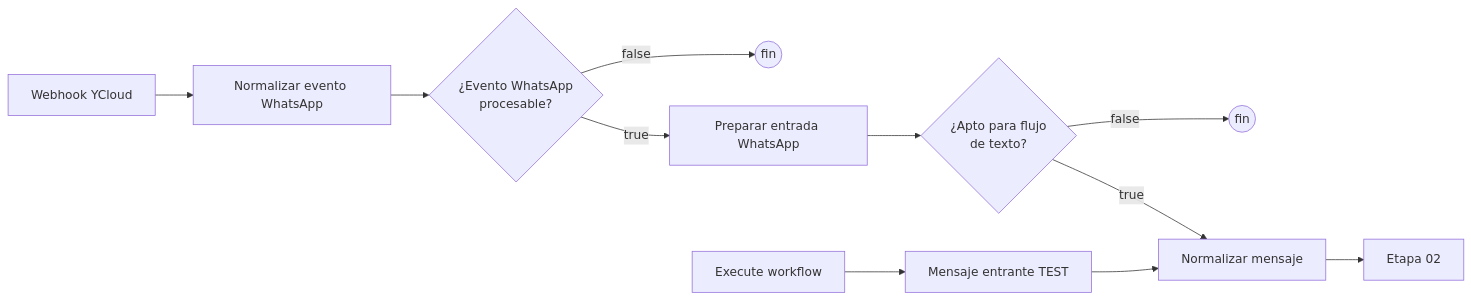
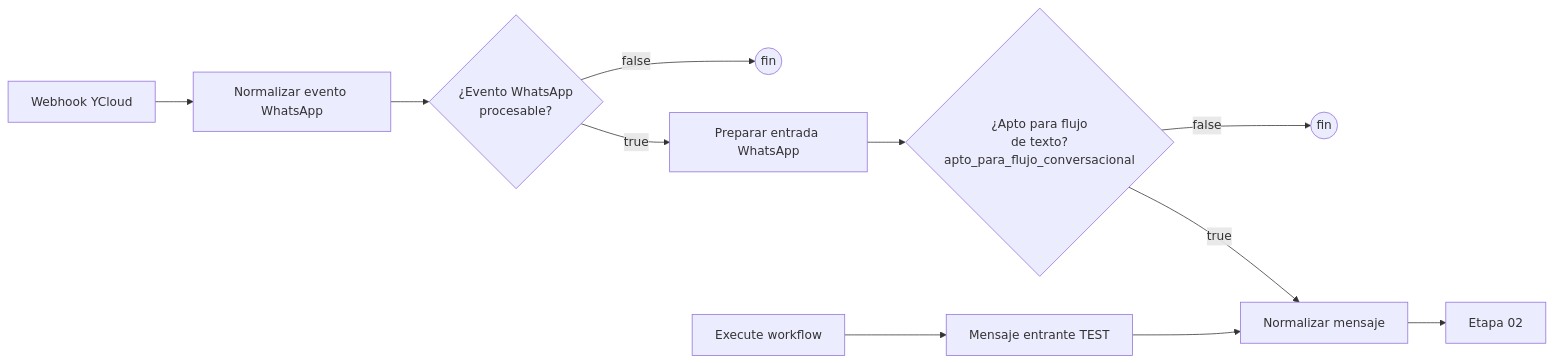
Before and after one commit to Theborycuas/pegaso-n8n: the diagram in docs/etapas/01-entrada.md, drawn with Mermaid. The commit also changed other lines of this file and 52 other files, not shown here.

````diff
--- a/docs/etapas/01-entrada.md
+++ b/docs/etapas/01-entrada.md
@@ -5,12 +5,12 @@
 ```mermaid
 flowchart LR
     W[Webhook YCloud] --> N[Normalizar evento WhatsApp]
     N --> I1{¿Evento WhatsApp<br/>procesable?}
     I1 -->|false| X1((fin))
     I1 -->|true| P[Preparar entrada WhatsApp]
-    P --> I2{¿Apto para flujo<br/>de texto?}
+    P --> I2{¿Apto para flujo<br/>de texto?<br/>apto_para_flujo_conversacional}
     I2 -->|false| X2((fin))
     I2 -->|true| M[Normalizar mensaje]
     T[Execute workflow] --> S[Mensaje entrante TEST] --> M
     M --> E02[Etapa 02]
 ```
````
